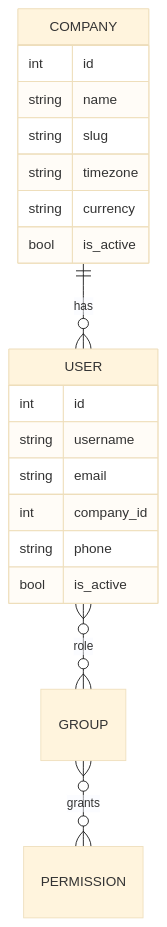
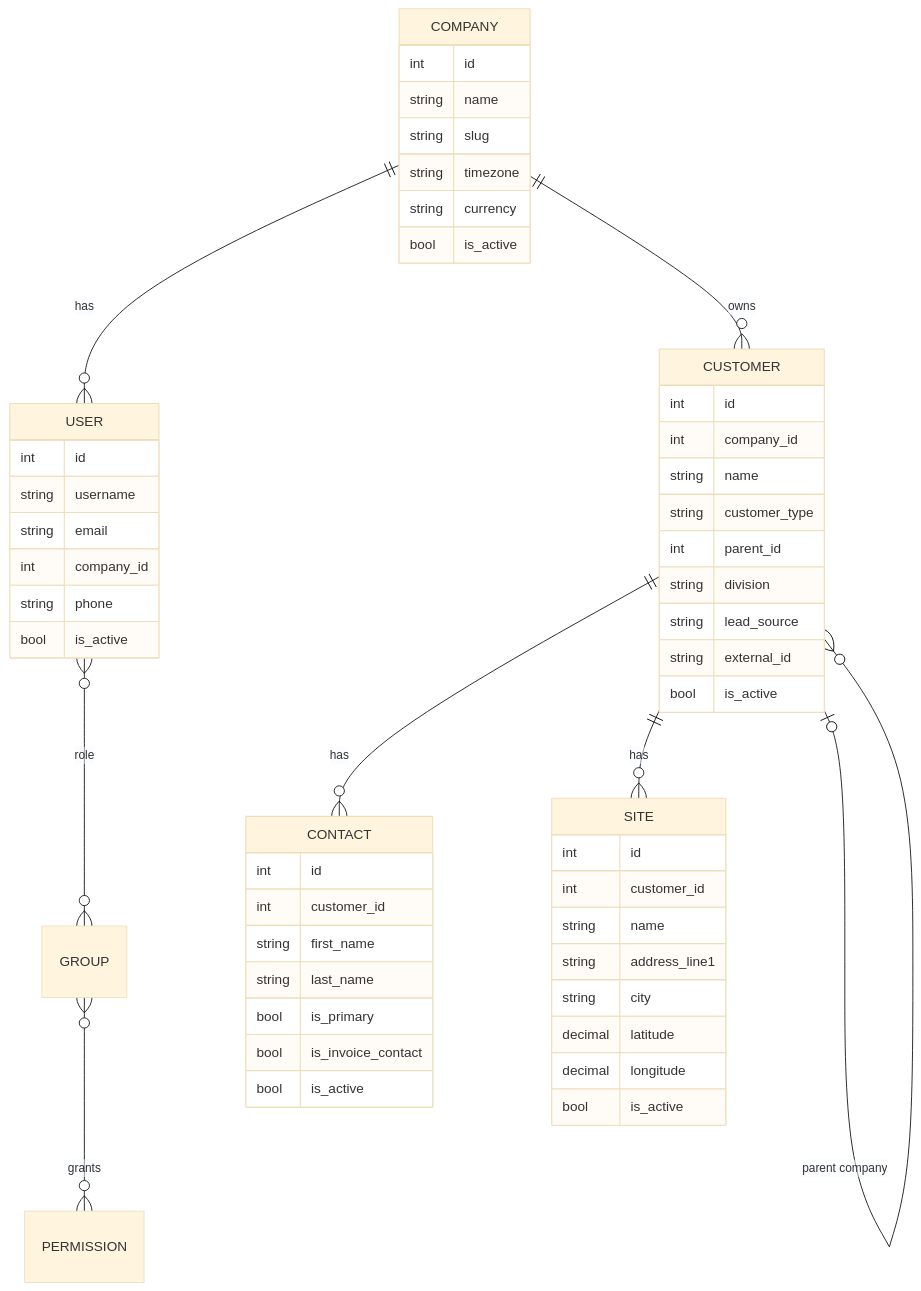
Before and after one commit to phanin/crewvia-docs: the diagram in docs/data-model.md, drawn with Mermaid (base theme). The commit also changed other lines of this file and 13 other files, not shown here.

````diff
--- a/docs/data-model.md
+++ b/docs/data-model.md
@@ -5,23 +5,57 @@
 ```mermaid
 erDiagram
     COMPANY ||--o{ USER : "has"
+    COMPANY ||--o{ CUSTOMER : "owns"
     USER }o--o{ GROUP : "role"
     GROUP }o--o{ PERMISSION : "grants"
+    CUSTOMER ||--o{ CONTACT : "has"
+    CUSTOMER ||--o{ SITE : "has"
+    CUSTOMER |o--o{ CUSTOMER : "parent company"
 
     COMPANY {
         int id
         string name
         string slug
         string timezone
         string currency
         bool is_active
     }
     USER {
         int id
         string username
         string email
         int company_id
         string phone
         bool is_active
     }
+    CUSTOMER {
+        int id
+        int company_id
+        string name
+        string customer_type
+        int parent_id
+        string division
+        string lead_source
+        string external_id
+        bool is_active
+    }
+    CONTACT {
+        int id
+        int customer_id
+        string first_name
+        string last_name
+        bool is_primary
+        bool is_invoice_contact
+        bool is_active
+    }
+    SITE {
+        int id
+        int customer_id
+        string name
+        string address_line1
+        string city
+        decimal latitude
+        decimal longitude
+        bool is_active
+    }
 ```
````
